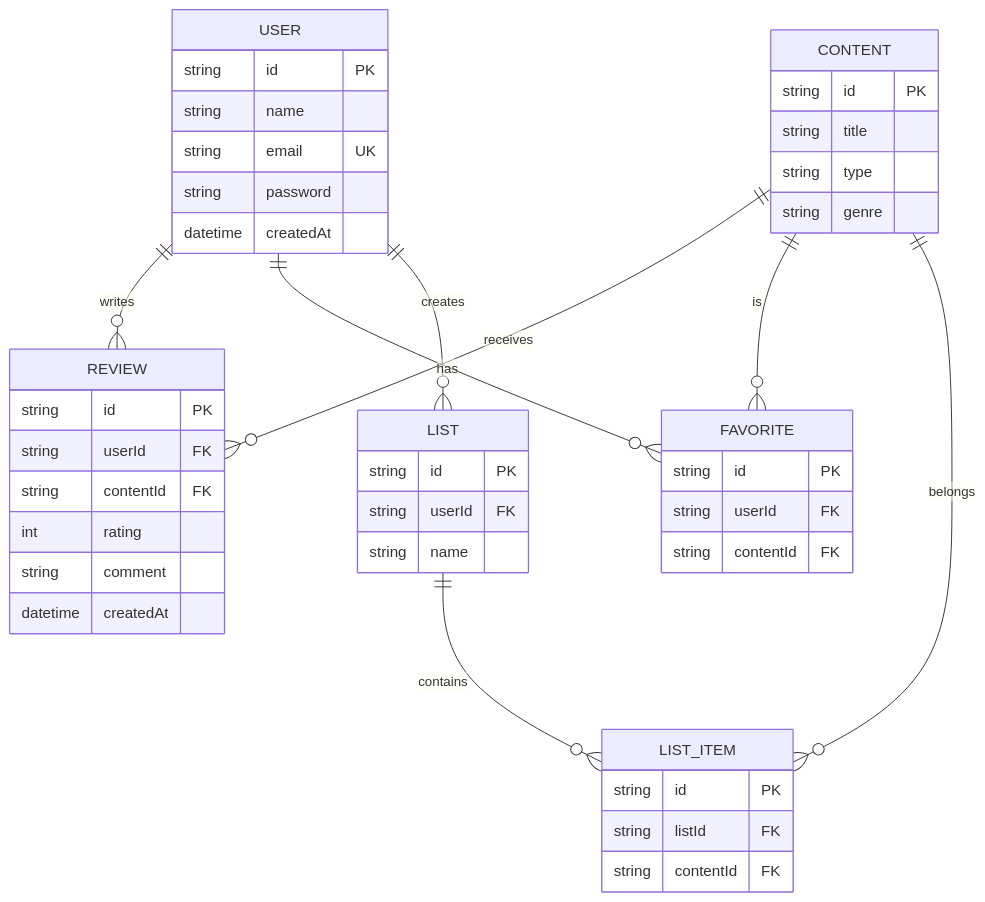
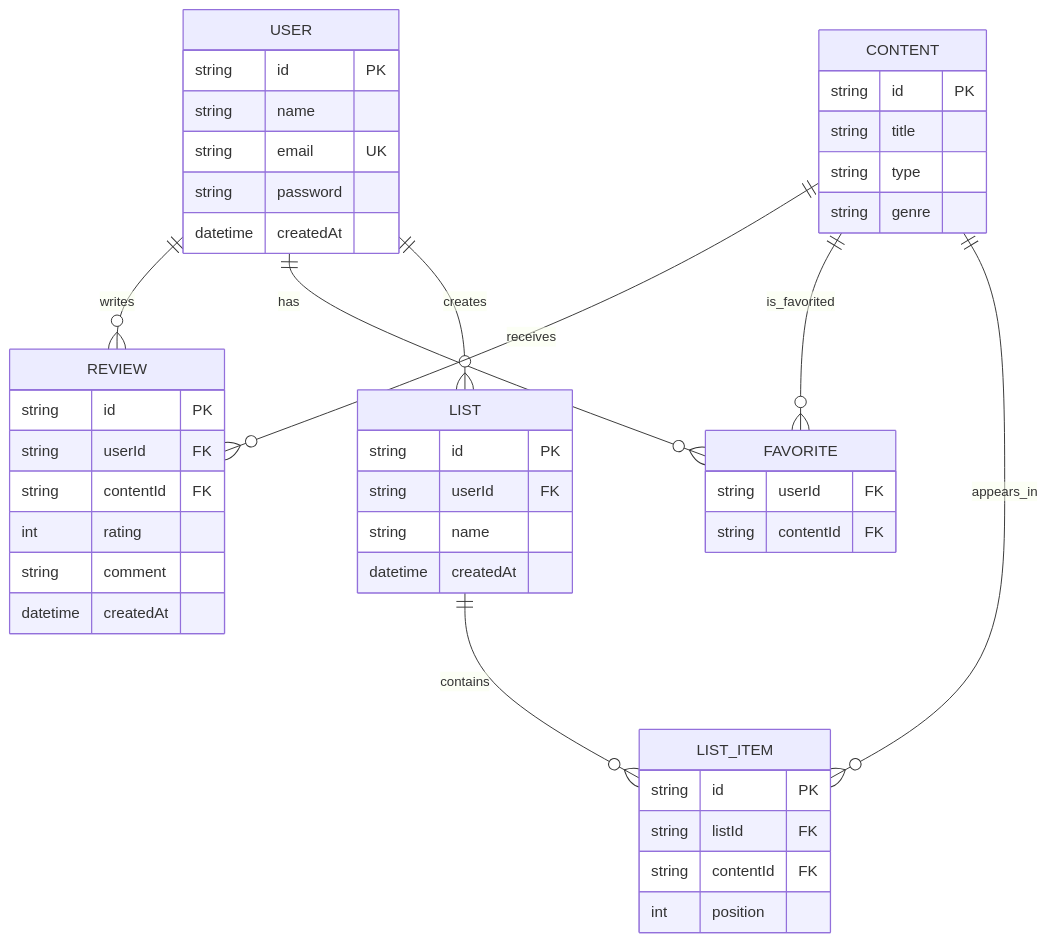
One commit to milenahamerski/vibe-match changed the diagram in docs/sdd.md. Above: the diagram before and after it, drawn with Mermaid. The commit also changed 11 other files, not shown here.

````diff
--- a/docs/sdd.md
+++ b/docs/sdd.md
@@ -69,55 +69,56 @@
 ```mermaid
 erDiagram
 
 USER ||--o{ REVIEW : writes
 USER ||--o{ FAVORITE : has
 USER ||--o{ LIST : creates
 
 CONTENT ||--o{ REVIEW : receives
-CONTENT ||--o{ FAVORITE : is
-CONTENT ||--o{ LIST_ITEM : belongs
+CONTENT ||--o{ FAVORITE : is_favorited
+CONTENT ||--o{ LIST_ITEM : appears_in
 
 LIST ||--o{ LIST_ITEM : contains
 
 USER {
   string id PK
   string name
   string email UK
   string password
   datetime createdAt
 }
 
 CONTENT {
   string id PK
   string title
   string type
   string genre
 }
 
 REVIEW {
   string id PK
   string userId FK
   string contentId FK
   int rating
   string comment
   datetime createdAt
 }
 
 FAVORITE {
-  string id PK
   string userId FK
   string contentId FK
 }
 
 LIST {
   string id PK
   string userId FK
   string name
+  datetime createdAt
 }
 
 LIST_ITEM {
   string id PK
   string listId FK
   string contentId FK
+  int position
 }
 ```
````
